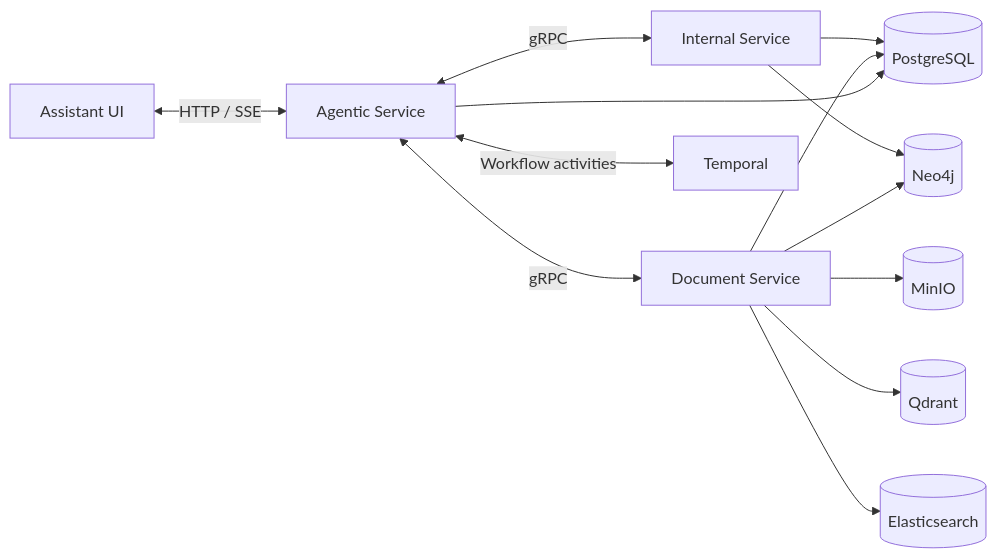
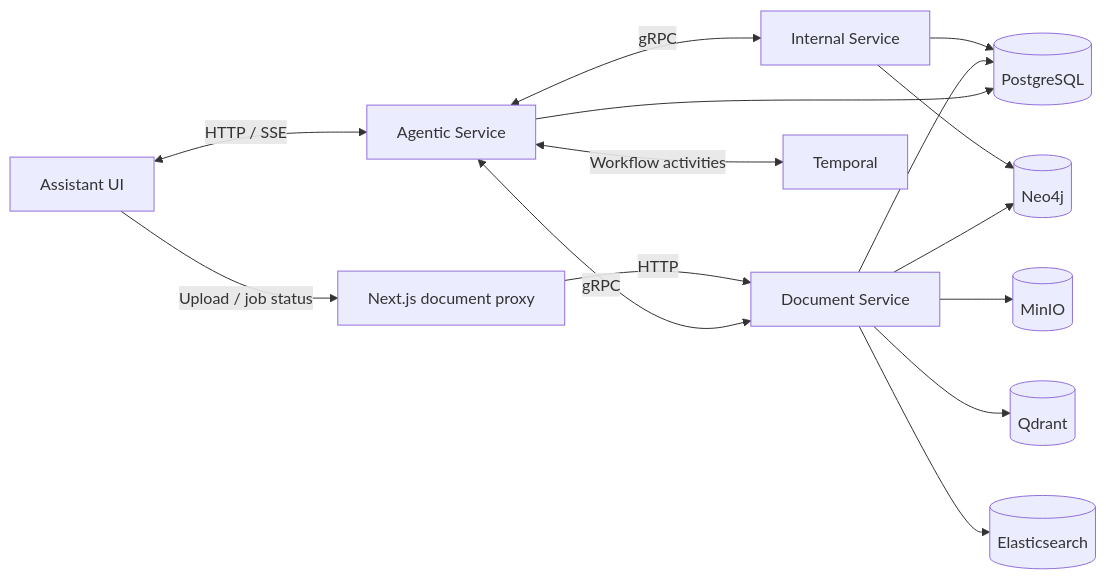
One commit to hashedgrey/Sparrow-x changed the first of 2 diagrams in README.md. Above: the diagram before and after it, drawn with Mermaid. The commit also changed other lines of this file, not shown here.

Commit message:
docs(readme): align architecture and features with latest SparrowX implementation

````diff
--- a/README.md
+++ b/README.md
@@ -31,15 +35,17 @@
 ```mermaid
 flowchart LR
     UI[Assistant UI] <-->|HTTP / SSE| AG[Agentic Service]
+    UI -->|Upload / job status| WEB[Next.js document proxy]
+    WEB -->|HTTP| DOC[Document Service]
     AG <-->|gRPC| IN[Internal Service]
-    AG <-->|gRPC| DOC[Document Service]
+    AG <-->|gRPC| DOC
     AG <-->|Workflow activities| TEMP[Temporal]
     IN --> PG[(PostgreSQL)]
     IN --> NEO[(Neo4j)]
     DOC --> PG
     DOC --> OBJ[(MinIO)]
     DOC --> VEC[(Qdrant)]
     DOC --> ES[(Elasticsearch)]
     DOC --> NEO
     AG --> PG
 ```
````
